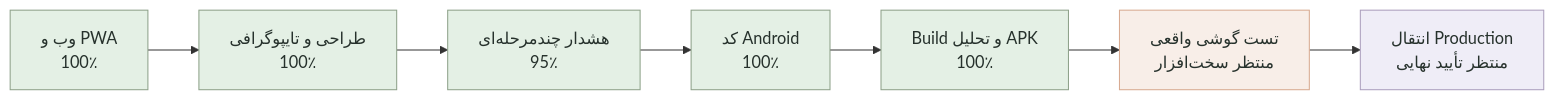
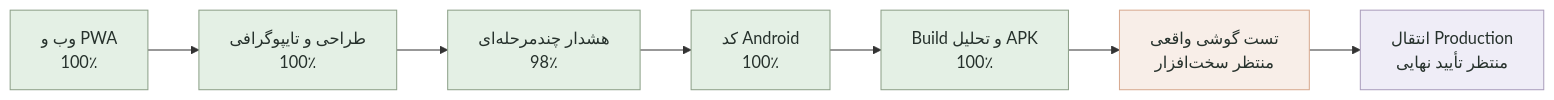
Before and after one commit to tparkhondeh/personalAgent: the diagram in PROJECT_STATUS.md, drawn with Mermaid. The commit also changed other lines of this file and 27 other files, not shown here.

````diff
--- a/PROJECT_STATUS.md
+++ b/PROJECT_STATUS.md
@@ -18,17 +18,17 @@
 ```mermaid
 flowchart LR
     A[وب و PWA<br/>100٪] --> B[طراحی و تایپوگرافی<br/>100٪]
-    B --> C[هشدار چندمرحله‌ای<br/>95٪]
+    B --> C[هشدار چندمرحله‌ای<br/>98٪]
     C --> D[کد Android<br/>100٪]
     D --> E[Build و تحلیل APK<br/>100٪]
     E --> G[تست گوشی واقعی<br/>منتظر سخت‌افزار]
     G --> F[انتقال Production<br/>منتظر تأیید نهایی]
 
     classDef done fill:#e4f0e5,stroke:#8ca088,color:#26312c;
     classDef active fill:#f8eee8,stroke:#d7a98f,color:#26312c;
     classDef pending fill:#efedf7,stroke:#aa9dbc,color:#26312c;
     class A,B done;
     class C,D,E done;
     class G active;
     class F pending;
 ```
````
